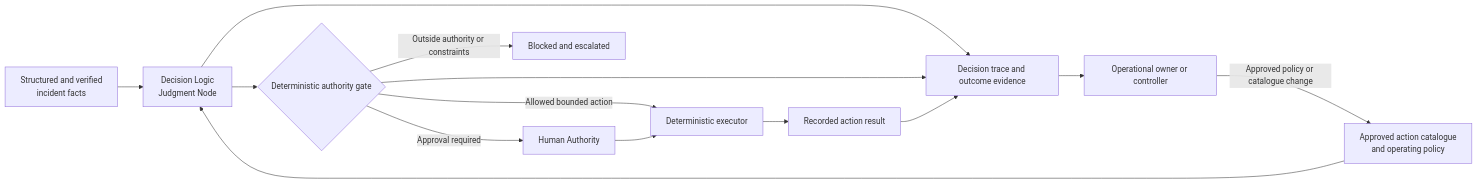
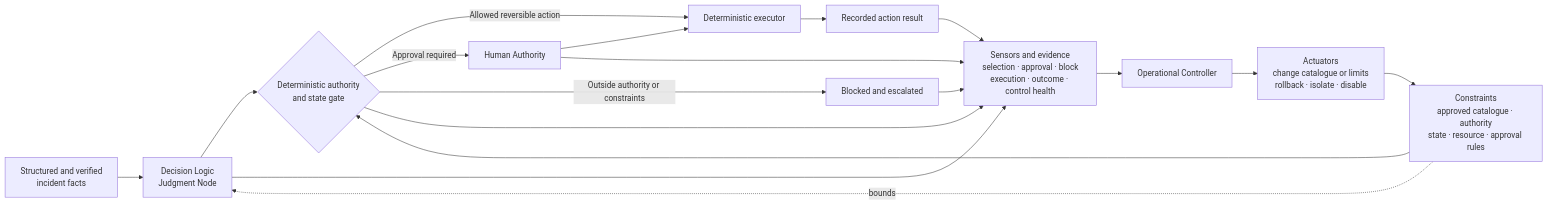
One commit to UncertaintyArchitectureGroup/uncertainty-architecture changed the second of 4 diagrams in 03-reference-architectures/judgment-placement-examples.md. Above: the diagram before and after it, drawn with Mermaid. The commit also changed other lines of this file, not shown here.

Commit message:
docs: expose constraints in placement references

````diff
--- a/03-reference-architectures/judgment-placement-examples.md
+++ b/03-reference-architectures/judgment-placement-examples.md
@@ -113,25 +138,29 @@
 ```mermaid
 flowchart LR
     IN[Structured and verified<br/>incident facts]
-    CAT[Approved action catalogue<br/>and operating policy]
+    K[Constraints<br/>approved catalogue · authority<br/>state · resource · approval rules]
     J[Decision Logic<br/>Judgment Node]
-    G{Deterministic authority gate}
+    G{Deterministic authority<br/>and state gate}
     H[Human Authority]
     X[Deterministic executor]
     B[Blocked and escalated]
     R[Recorded action result]
-    E[Decision trace and outcome evidence]
-    O[Operational owner or controller]
+    S[Sensors and evidence<br/>selection · approval · block<br/>execution · outcome · control health]
+    C[Operational Controller]
+    A[Actuators<br/>change catalogue or limits<br/>rollback · isolate · disable]
 
     IN --> J
-    CAT --> J
+    K -. bounds .-> J
     J --> G
-    G -->|Allowed bounded action| X --> R
+    K --> G
+    G -->|Allowed reversible action| X --> R
     G -->|Approval required| H --> X
     G -->|Outside authority or constraints| B
-    J --> E
-    G --> E
-    R --> E
-    E --> O
-    O -->|Approved policy or catalogue change| CAT
+    J --> S
+    G --> S
+    H --> S
+    R --> S
+    B --> S
+    S --> C --> A
+    A --> K
 ```
````
